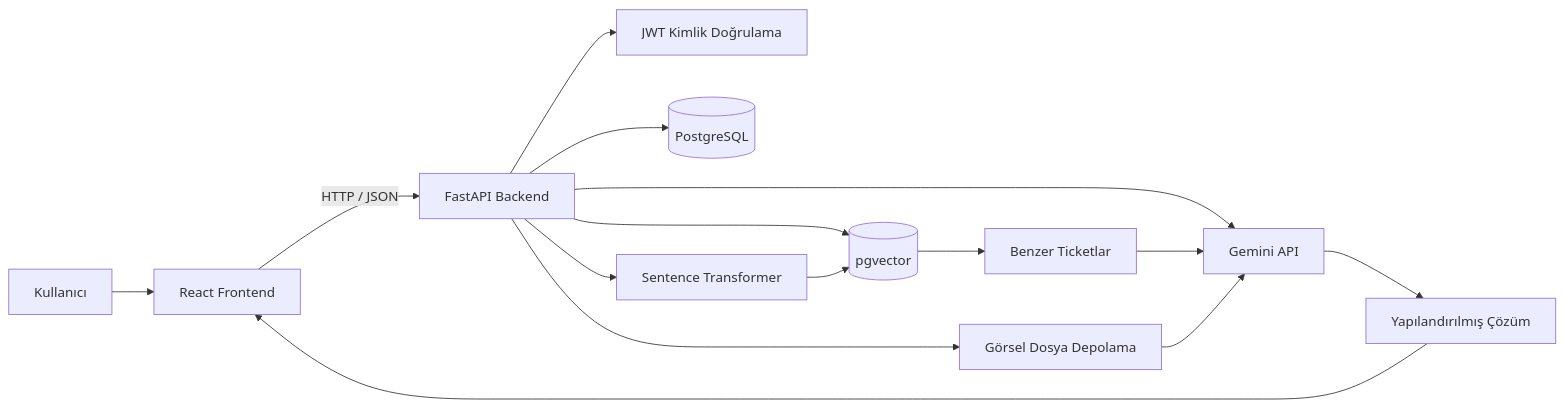
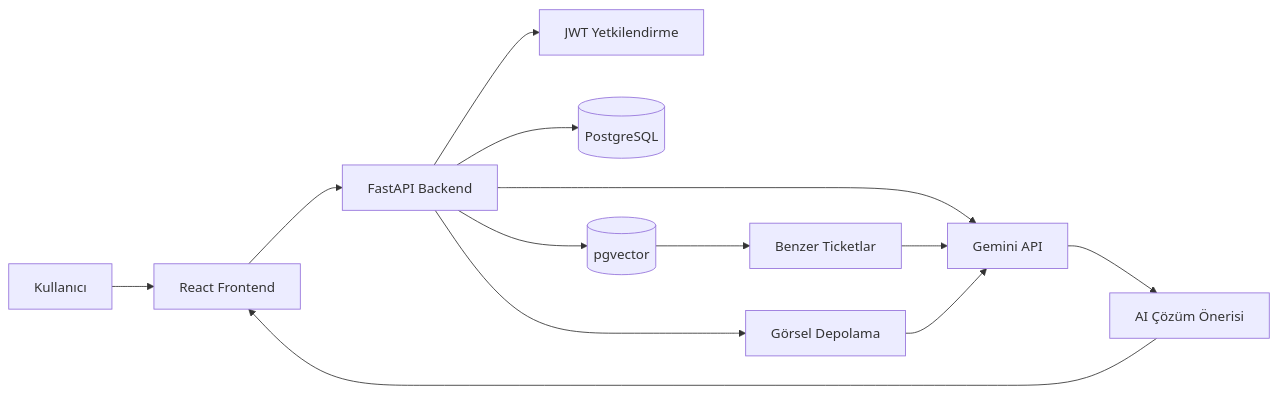
Before and after one commit to hypervsec/IntelliDesk: the diagram in README.md, drawn with Mermaid. The commit also changed other lines of this file and 7 other files, not shown here.

````diff
--- a/README.md
+++ b/README.md
@@ -178,19 +210,17 @@
 ```mermaid
 flowchart LR
     U[Kullanıcı] --> F[React Frontend]
-    F -->|HTTP / JSON| B[FastAPI Backend]
+    F --> B[FastAPI Backend]
 
-    B --> A[JWT Kimlik Doğrulama]
-    B --> P[(PostgreSQL)]
+    B --> A[JWT Yetkilendirme]
+    B --> D[(PostgreSQL)]
     B --> V[(pgvector)]
-    B --> E[Sentence Transformer]
     B --> G[Gemini API]
-    B --> S[Görsel Dosya Depolama]
+    B --> S[Görsel Depolama]
 
-    E --> V
     V --> R[Benzer Ticketlar]
     R --> G
     S --> G
-    G --> C[Yapılandırılmış Çözüm]
+    G --> C[AI Çözüm Önerisi]
     C --> F
 ```
````
